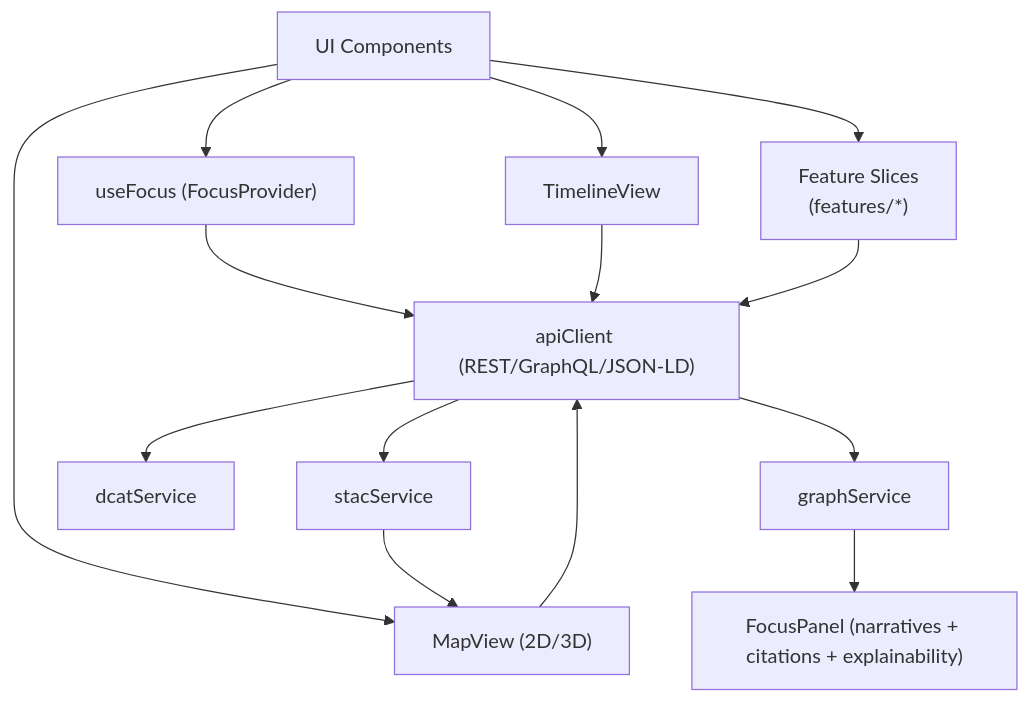
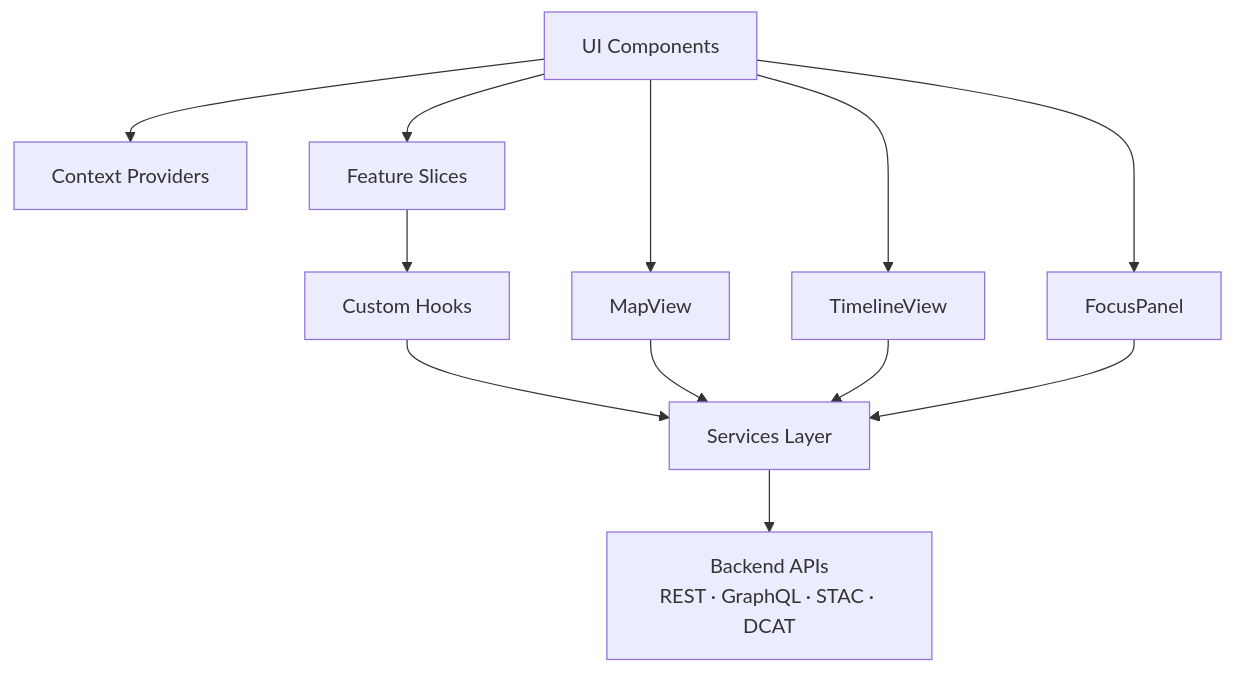
One commit to bartytime4life/Kansas-Frontier-Matrix changed the first of 4 diagrams in web/src/ARCHITECTURE.md. Above: the diagram before and after it, drawn with Mermaid. The commit also changed other lines of this file, not shown here.

````diff
--- a/web/src/ARCHITECTURE.md
+++ b/web/src/ARCHITECTURE.md
@@ -143,19 +146,14 @@
-~~~~~mermaid
+```mermaid
 flowchart TD
-  UI["UI Components"] --> F["useFocus (FocusProvider)"]
-  UI --> M["MapView (2D/3D)"]
-  UI --> T["TimelineView"]
-  UI --> FEAT["Feature Slices<br/>(features/*)"]
-
-  F --> API["apiClient (REST/GraphQL/JSON-LD)"]
-  M --> API
-  T --> API
-  FEAT --> API
-
-  API --> S1["stacService"]
-  API --> S2["dcatService"]
-  API --> S3["graphService"]
-
-  S3 --> FP["FocusPanel (narratives + citations + explainability)"]
-  S1 --> M
-~~~~~
+    UI[UI Components] --> CTX[Context Providers]
+    UI --> FEAT[Feature Slices]
+    UI --> MAP[MapView]
+    UI --> TL[TimelineView]
+    UI --> FP[FocusPanel]
+    FEAT --> HK[Custom Hooks]
+    HK --> SVC[Services Layer]
+    MAP --> SVC
+    TL --> SVC
+    FP --> SVC
+    SVC --> API[Backend APIs<br/>REST · GraphQL · STAC · DCAT]
+```
````
